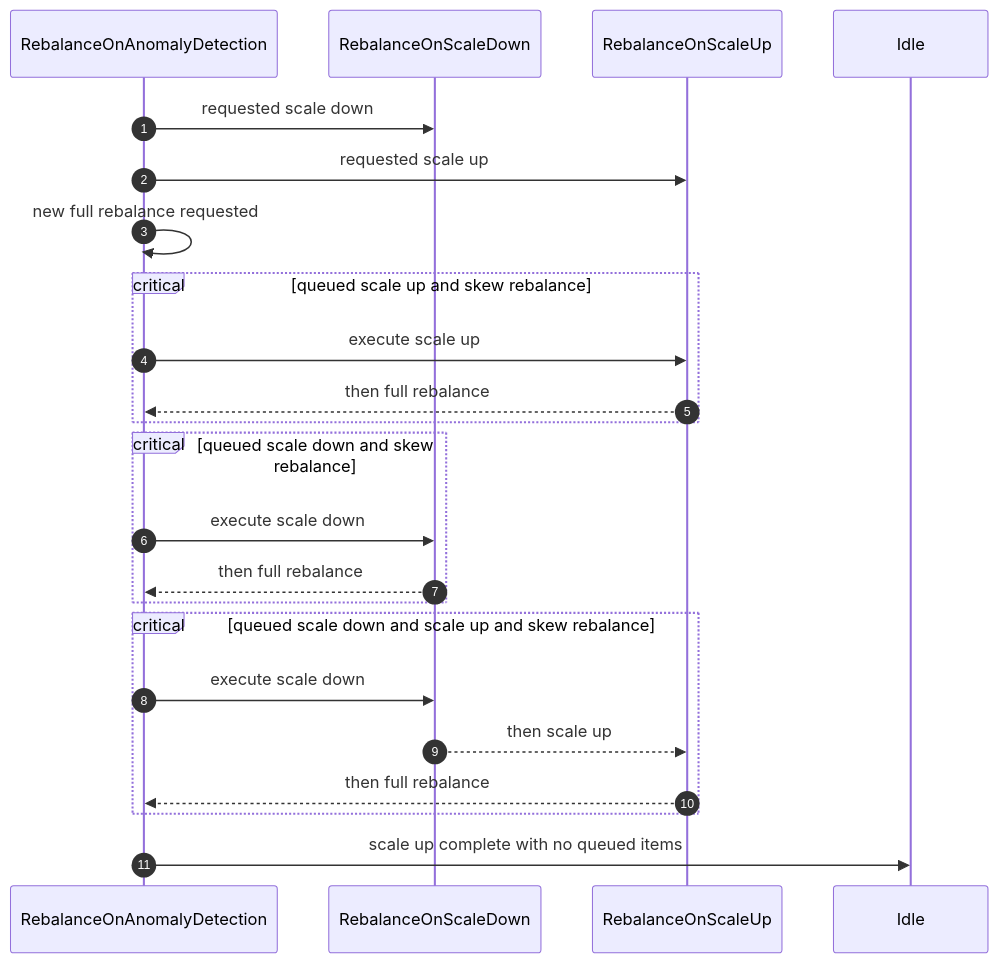
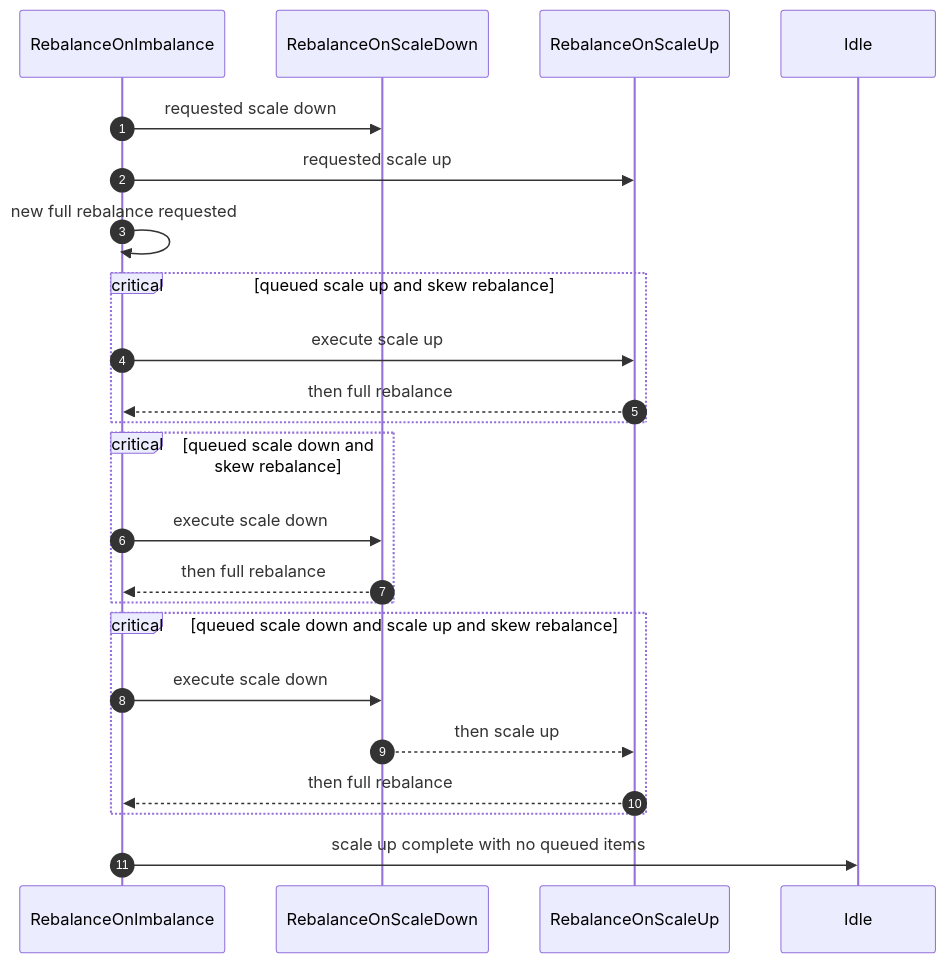
The fourth of 6 diagrams in 106-auto-rebalance-on-imbalanced-clusters.md (strimzi/proposals), drawn with Mermaid before and after one commit. The commit also changed other lines of this file, not shown here.

````diff
--- a/106-auto-rebalance-on-imbalanced-clusters.md
+++ b/106-auto-rebalance-on-imbalanced-clusters.md
@@ -382,21 +387,21 @@
 ```mermaid
 sequenceDiagram
   autonumber
-  RebalanceOnAnomalyDetection->>RebalanceOnScaleDown: requested scale down
-  RebalanceOnAnomalyDetection->>RebalanceOnScaleUp: requested scale up
-  RebalanceOnAnomalyDetection->>RebalanceOnAnomalyDetection: new full rebalance requested
+  RebalanceOnImbalance->>RebalanceOnScaleDown: requested scale down
+  RebalanceOnImbalance->>RebalanceOnScaleUp: requested scale up
+  RebalanceOnImbalance->>RebalanceOnImbalance: new full rebalance requested
   critical queued scale up and skew rebalance
-    RebalanceOnAnomalyDetection->>RebalanceOnScaleUp: execute scale up
-    RebalanceOnScaleUp-->>RebalanceOnAnomalyDetection: then full rebalance
+    RebalanceOnImbalance->>RebalanceOnScaleUp: execute scale up
+    RebalanceOnScaleUp-->>RebalanceOnImbalance: then full rebalance
   end
   critical queued scale down and skew rebalance
-    RebalanceOnAnomalyDetection->>RebalanceOnScaleDown: execute scale down
-    RebalanceOnScaleDown-->>RebalanceOnAnomalyDetection: then full rebalance
+    RebalanceOnImbalance->>RebalanceOnScaleDown: execute scale down
+    RebalanceOnScaleDown-->>RebalanceOnImbalance: then full rebalance
   end
   critical queued scale down and scale up and skew rebalance
-    RebalanceOnAnomalyDetection->>RebalanceOnScaleDown: execute scale down
+    RebalanceOnImbalance->>RebalanceOnScaleDown: execute scale down
     RebalanceOnScaleDown-->>RebalanceOnScaleUp: then scale up
-    RebalanceOnScaleUp-->>RebalanceOnAnomalyDetection: then full rebalance
+    RebalanceOnScaleUp-->>RebalanceOnImbalance: then full rebalance
   end
-  RebalanceOnAnomalyDetection->>Idle: scale up complete with no queued items
+  RebalanceOnImbalance->>Idle: scale up complete with no queued items
 ```
````
